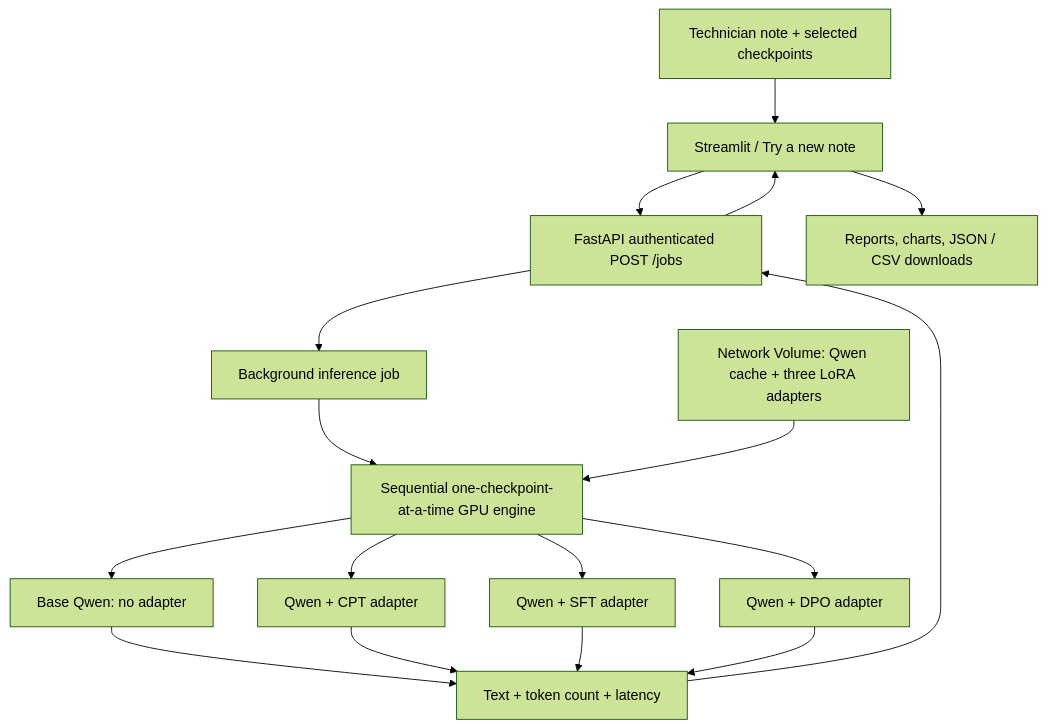
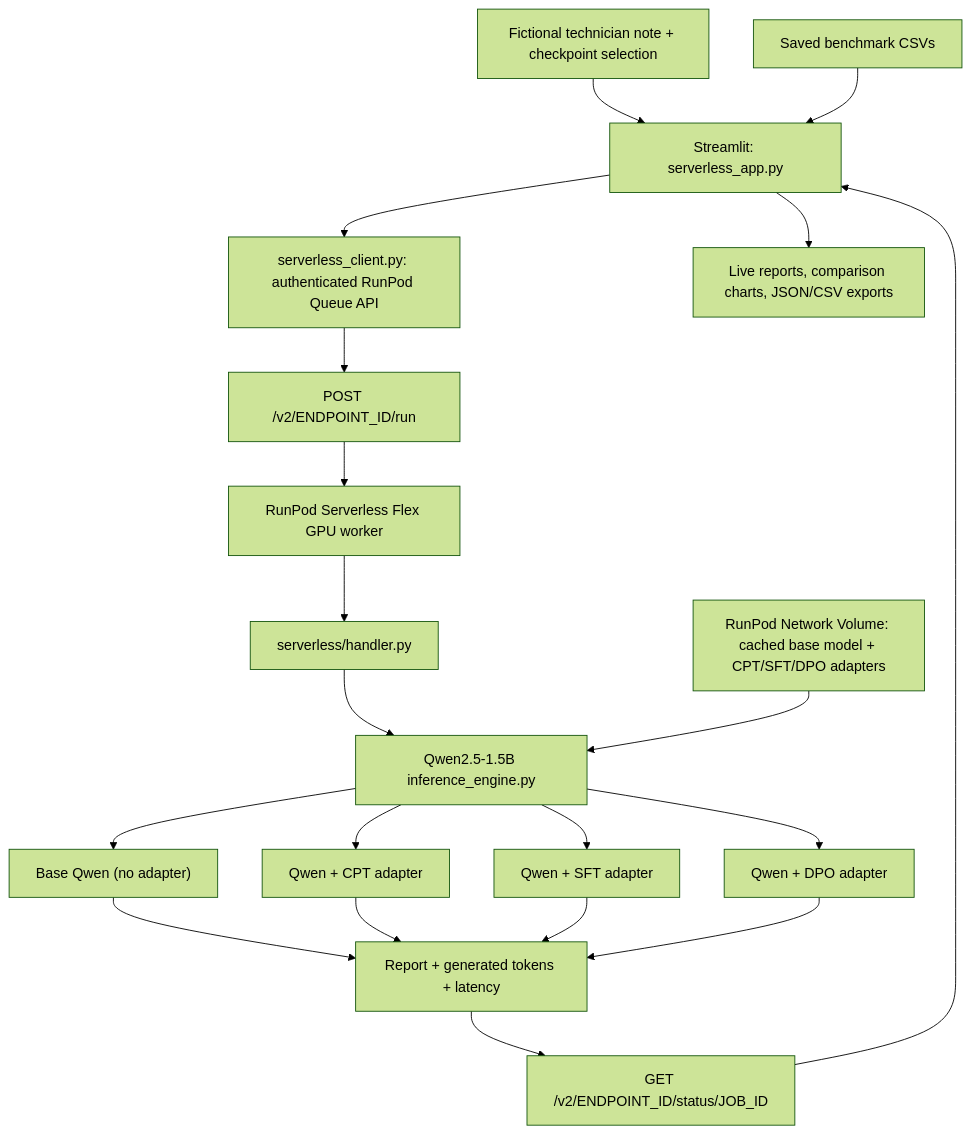
The second of 2 diagrams in README.md (imavantikahere/llm-post-training-and-alignment), drawn with Mermaid (forest theme) before and after one commit. The commit also changed other lines of this file, not shown here.

Commit message:
Document validated RunPod Serverless deployment and Pod GPU persistence limitations

````diff
--- a/README.md
+++ b/README.md
@@ -252,19 +254,22 @@
 ```mermaid
 flowchart TD
-    Note["Technician note + selected checkpoints"] --> UI["Streamlit / Try a new note"]
-    UI --> API["FastAPI authenticated POST /jobs"]
-    API --> Job["Background inference job"]
-    Job --> Engine["Sequential one-checkpoint-at-a-time GPU engine"]
-    Volume["Network Volume: Qwen cache + three LoRA adapters"] --> Engine
-    Engine --> Base["Base Qwen: no adapter"]
+    Note["Fictional technician note + checkpoint selection"] --> UI["Streamlit: serverless_app.py"]
+    UI --> Client["serverless_client.py: authenticated RunPod Queue API"]
+    Client --> Queue["POST /v2/ENDPOINT_ID/run"]
+    Queue --> Worker["RunPod Serverless Flex GPU worker"]
+    Worker --> Handler["serverless/handler.py"]
+    Handler --> Engine["Qwen2.5-1.5B inference_engine.py"]
+    Volume["RunPod Network Volume: cached base model + CPT/SFT/DPO adapters"] --> Engine
+    Engine --> Base["Base Qwen (no adapter)"]
     Engine --> CPT["Qwen + CPT adapter"]
     Engine --> SFT["Qwen + SFT adapter"]
     Engine --> DPO["Qwen + DPO adapter"]
-    Base --> Output["Text + token count + latency"]
-    CPT --> Output
-    SFT --> Output
-    DPO --> Output
-    Output --> API
-    API --> UI
-    UI --> Charts["Reports, charts, JSON / CSV downloads"]
+    Base --> Result["Report + generated tokens + latency"]
+    CPT --> Result
+    SFT --> Result
+    DPO --> Result
+    Result --> Poll["GET /v2/ENDPOINT_ID/status/JOB_ID"]
+    Poll --> UI
+    UI --> Charts["Live reports, comparison charts, JSON/CSV exports"]
+    Saved["Saved benchmark CSVs"] --> UI
 ```
````
